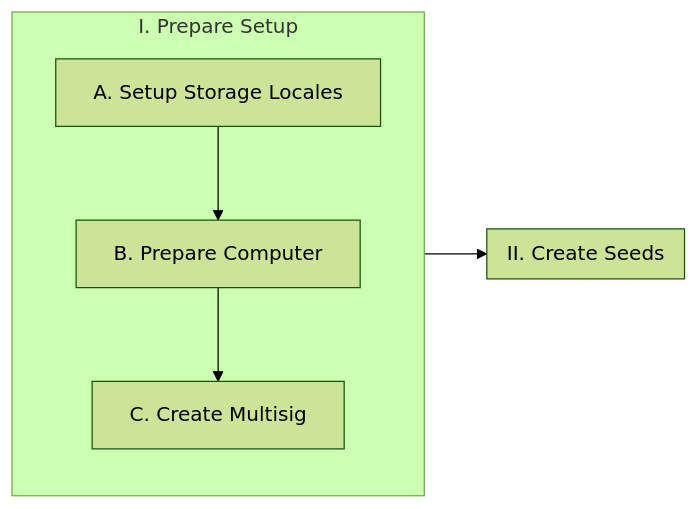
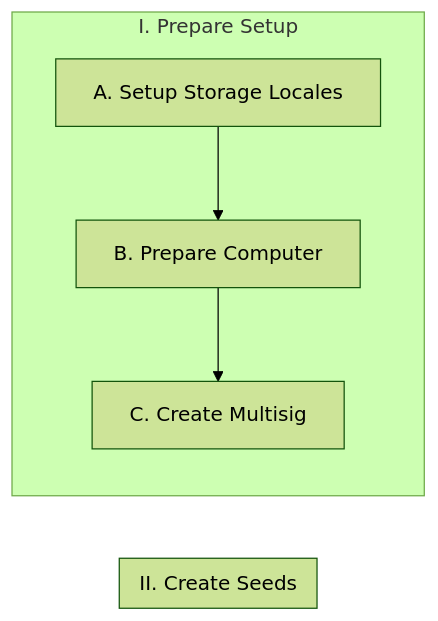
The diagram in Docs/Scenario-Multisig.md (BlockchainCommons/SmartCustody), drawn with Mermaid (forest theme) before and after one commit.

````diff
--- a/Docs/Scenario-Multisig.md
+++ b/Docs/Scenario-Multisig.md
@@ -146,12 +146,11 @@
 ```mermaid
 graph LR;
     subgraph 1[I. Prepare Setup]
     A[A. Setup Storage Locales]
     B[B. Prepare Computer]
     C[C. Create Multisig]
     A-->B-->C
     end
     subgraph 2[II. Create Seeds]
     end
-    1-->2
 ```
````
